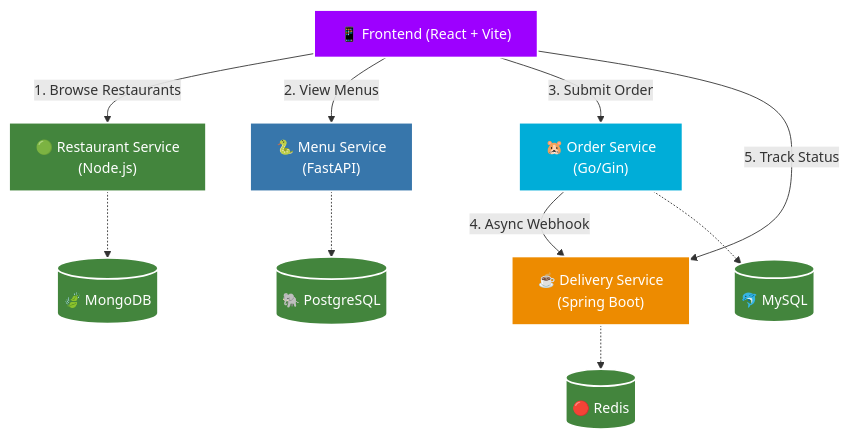
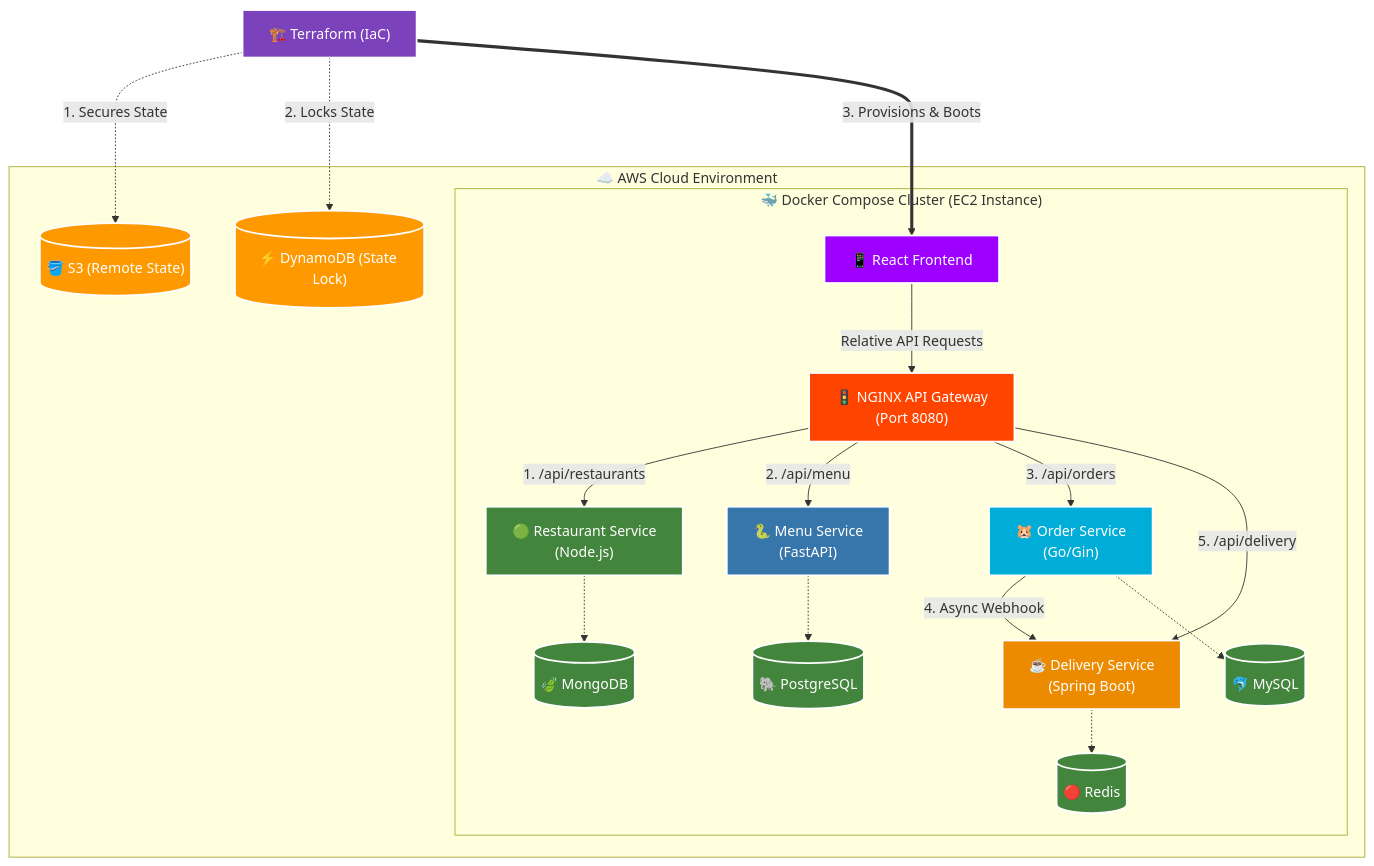
The diagram in README.md (Parth2496Singh/Food-Dash-Monorepo-Microservices), drawn with Mermaid before and after one commit. The commit also changed other lines of this file, not shown here.

First line of the commit message:
Revise README for NGINX and Terraform updates

````diff
--- a/README.md
+++ b/README.md
@@ -69,43 +77,61 @@
 ```mermaid
 graph TD
-    %% Frontend
-    UI["📱 Frontend (React + Vite)"]
+    TF["🏗️ Terraform (IaC)"]
     
-    %% Services
-    RS["🟢 Restaurant Service<br/>(Node.js)"]
-    MS["🐍 Menu Service<br/>(FastAPI)"]
-    OS["🐹 Order Service<br/>(Go/Gin)"]
-    DS["☕ Delivery Service<br/>(Spring Boot)"]
+    subgraph "☁️ AWS Cloud Environment"
+        S3[("🪣 S3 (Remote State)")]
+        DDB[("⚡ DynamoDB (State Lock)")]
+        
+        subgraph "🐳 Docker Compose Cluster (EC2 Instance)"
+            UI["📱 React Frontend"]
+            NGINX["🚦 NGINX API Gateway<br/>(Port 8080)"]
+            
+            RS["🟢 Restaurant Service<br/>(Node.js)"]
+            MS["🐍 Menu Service<br/>(FastAPI)"]
+            OS["🐹 Order Service<br/>(Go/Gin)"]
+            DS["☕ Delivery Service<br/>(Spring Boot)"]
 
-    %% Databases
-    DB_M[("🍃 MongoDB")]
-    DB_P[("🐘 PostgreSQL")]
-    DB_S[("🐬 MySQL")]
-    DB_R[("🔴 Redis")]
+            DB_M[("🍃 MongoDB")]
+            DB_P[("🐘 PostgreSQL")]
+            DB_S[("🐬 MySQL")]
+            DB_R[("🔴 Redis")]
+        end
+    end
+
+    TF -.->|"1. Secures State"| S3
+    TF -.->|"2. Locks State"| DDB
+    TF ===>|"3. Provisions & Boots"| UI
 
     %% Interactions
-    UI -->|"1. Browse Restaurants"| RS
-    UI -->|"2. View Menus"| MS
-    UI -->|"3. Submit Order"| OS
-    UI -->|"5. Track Status"| DS
+    UI -->|"Relative API Requests"| NGINX
+    NGINX -->|"1. /api/restaurants"| RS
+    NGINX -->|"2. /api/menu"| MS
+    NGINX -->|"3. /api/orders"| OS
+    NGINX -->|"5. /api/delivery"| DS
 
     OS -->|"4. Async Webhook"| DS
 
     %% DB Connections
     RS -.-> DB_M
     MS -.-> DB_P
     OS -.-> DB_S
     DS -.-> DB_R
 
     classDef frontend fill:#9d00ff,stroke:#fff,stroke-width:2px,color:#fff;
+    classDef gateway fill:#ff4400,stroke:#fff,stroke-width:2px,color:#fff;
     classDef node fill:#43853d,stroke:#fff,stroke-width:2px,color:#fff;
     classDef python fill:#3776ab,stroke:#fff,stroke-width:2px,color:#fff;
     classDef go fill:#00add8,stroke:#fff,stroke-width:2px,color:#fff;
     classDef java fill:#ed8b00,stroke:#fff,stroke-width:2px,color:#fff;
+    classDef tf fill:#7b42bc,stroke:#fff,stroke-width:2px,color:#fff;
+    classDef aws fill:#ff9900,stroke:#fff,stroke-width:2px,color:#fff;
     
     class UI frontend;
+    class NGINX gateway;
     class RS node;
     class MS python;
     class OS go;
     class DS java;
+    class TF tf;
+    class S3,DDB aws;
 ```
````
